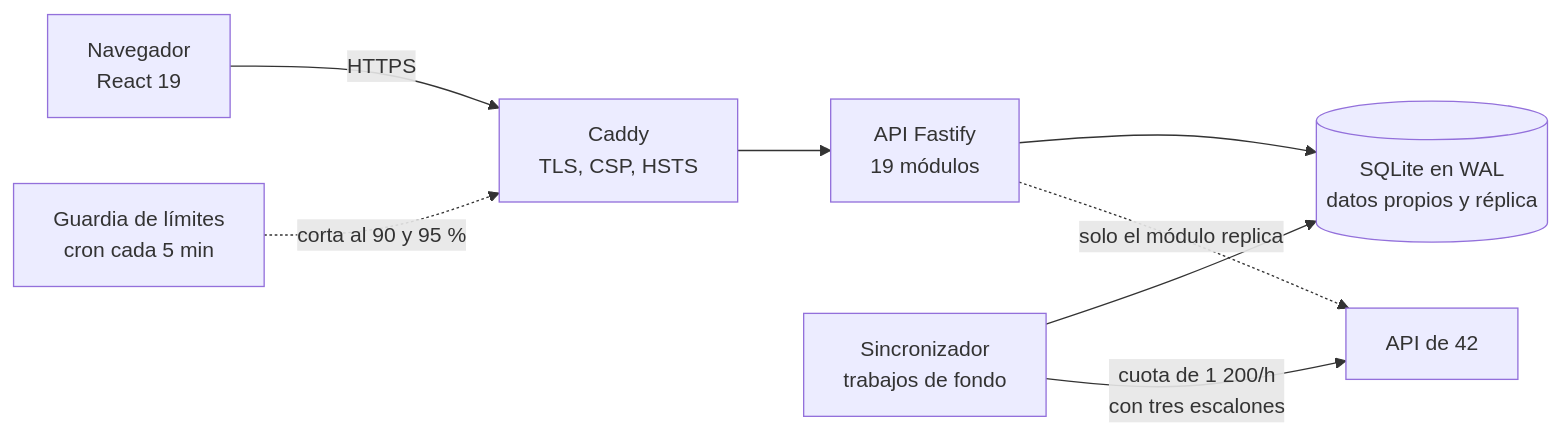
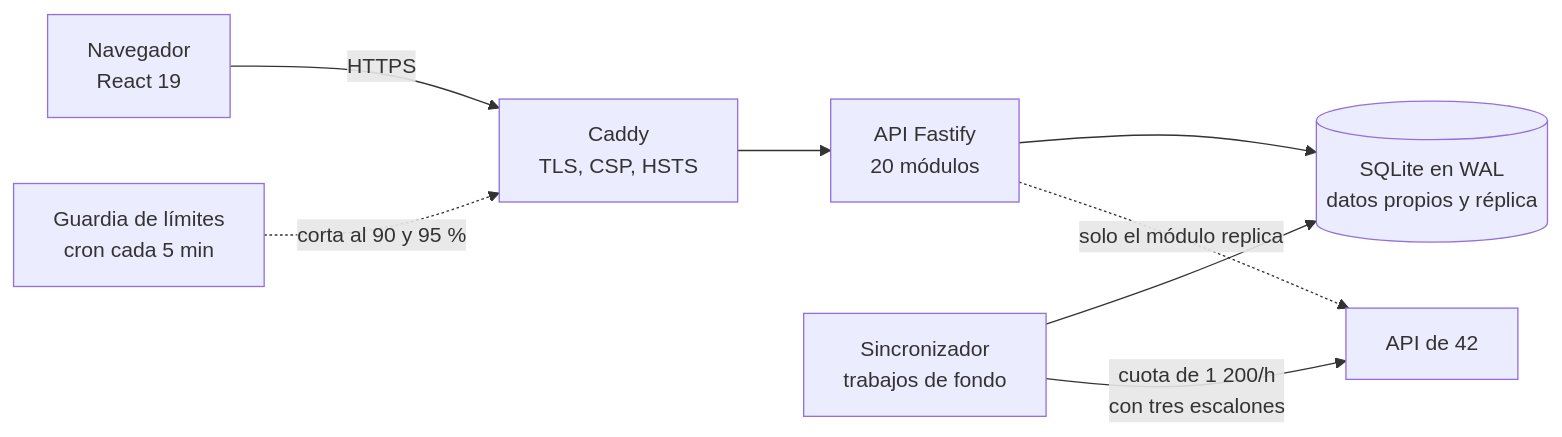
The first of 4 diagrams in README.md (ALRO-GM/sanatorio-42), drawn with Mermaid before and after one commit. The commit also changed other lines of this file and 5 other files, not shown here.

````diff
--- a/README.md
+++ b/README.md
@@ -316,10 +353,10 @@
 ```mermaid
 flowchart LR
   P["Navegador<br/>React 19"] -->|HTTPS| C["Caddy<br/>TLS, CSP, HSTS"]
-  C --> A["API Fastify<br/>19 módulos"]
+  C --> A["API Fastify<br/>20 módulos"]
   A --> D[("SQLite en WAL<br/>datos propios y réplica")]
   S["Sincronizador<br/>trabajos de fondo"] --> D
   S -->|"cuota de 1 200/h<br/>con tres escalones"| Q["API de 42"]
   A -. solo el módulo replica .-> Q
   G["Guardia de límites<br/>cron cada 5 min"] -. corta al 90 y 95 % .-> C
 ```
````
